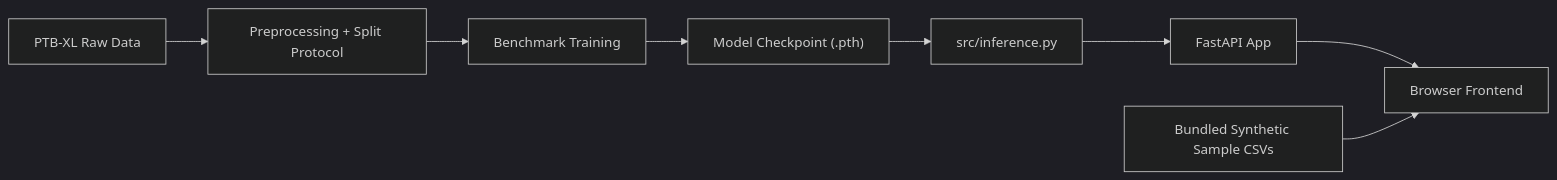
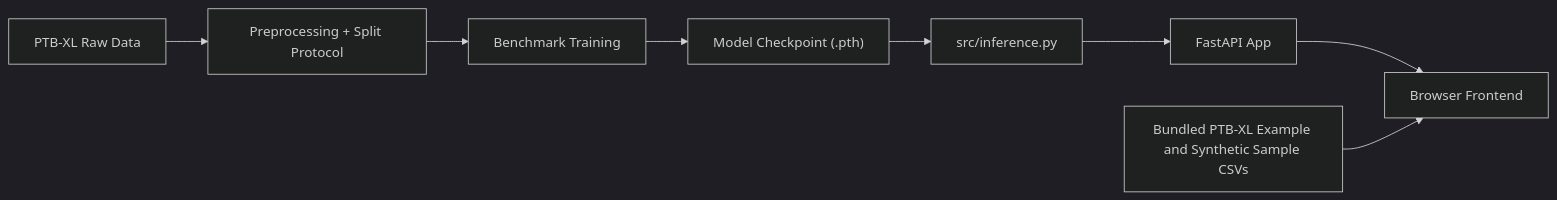
One commit to Yanagisawa2002/HeartBeat changed the diagram in README.md. Above: the diagram before and after it, drawn with Mermaid (dark theme). The commit also changed other lines of this file and 9 other files, not shown here.

Commit message:
docs: replace synthetic demo preview with PTB-XL examples

````diff
--- a/README.md
+++ b/README.md
@@ -149,10 +149,10 @@
 ```mermaid
 flowchart LR
     A["PTB-XL Raw Data"] --> B["Preprocessing + Split Protocol"]
     B --> C["Benchmark Training"]
     C --> D["Model Checkpoint (.pth)"]
     D --> E["src/inference.py"]
     E --> F["FastAPI App"]
     F --> G["Browser Frontend"]
-    H["Bundled Synthetic Sample CSVs"] --> G
+    H["Bundled PTB-XL Example and Synthetic Sample CSVs"] --> G
 ```
````
